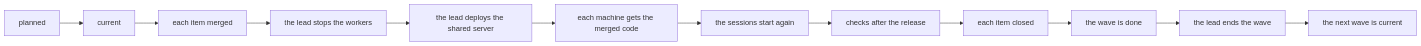
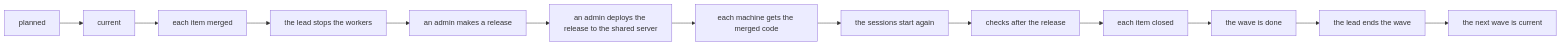
The second of 3 diagrams in docs/src/waves.md (como-technologies/riff), drawn with Mermaid before and after one commit. The commit also changed other lines of this file and 16 other files, not shown here.

````diff
--- a/docs/src/waves.md
+++ b/docs/src/waves.md
@@ -43,14 +43,15 @@
 ```mermaid
 flowchart LR
     P[planned] --> C[current]
     C --> M[each item merged]
     M --> S[the lead stops the workers]
-    S --> P2[the lead deploys the shared server]
+    S --> V[an admin makes a release]
+    V --> P2[an admin deploys the release to the shared server]
     P2 --> U[each machine gets the merged code]
     U --> R[the sessions start again]
     R --> K[checks after the release]
     K --> X[each item closed]
     X --> D[the wave is done]
     D --> E[the lead ends the wave]
     E --> N[the next wave is current]
 ```
````
